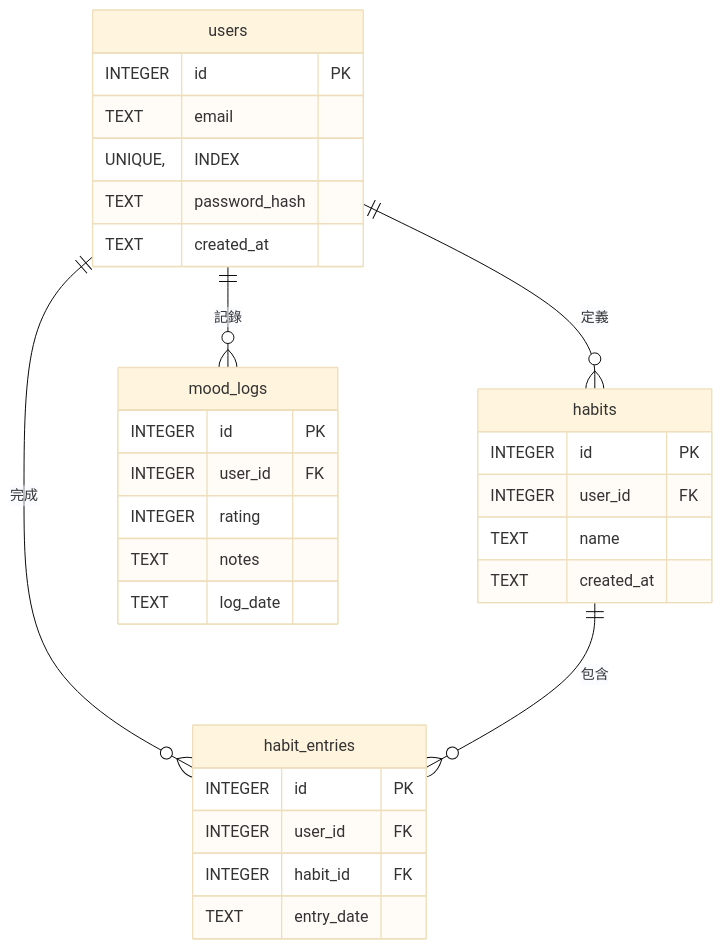
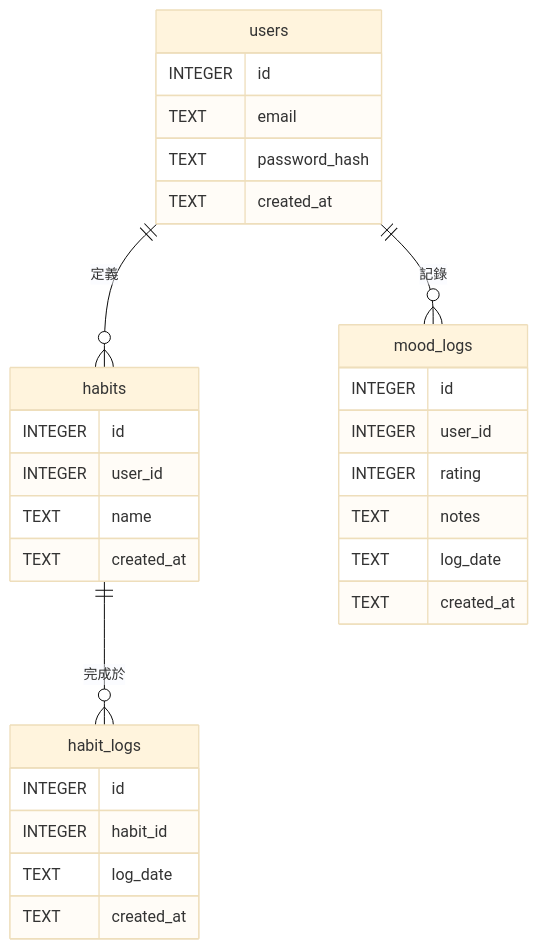
Before and after one commit to hemacheng/laughing-adventure: the diagram in docs/DATABASE_SCHEMA.md, drawn with Mermaid (base theme).

Commit message:
更新資料庫綱要定義文檔，調整資料表結構與關聯，將 habit_entries 表重命名為 habit_logs，並新增 log_date 欄位以記錄習慣完成的日期。

````diff
--- a/docs/DATABASE_SCHEMA.md
+++ b/docs/DATABASE_SCHEMA.md
@@ -69,36 +69,36 @@
 ```mermaid
 erDiagram
     users {
-        INTEGER id PK
-        TEXT email UNIQUE, INDEX
+        INTEGER id
+        TEXT email
         TEXT password_hash
         TEXT created_at
     }
 
     habits {
-        INTEGER id PK
-        INTEGER user_id FK
+        INTEGER id
+        INTEGER user_id
         TEXT name
         TEXT created_at
     }
 
-    habit_entries {
-        INTEGER id PK
-        INTEGER user_id FK
-        INTEGER habit_id FK
-        TEXT entry_date
+    habit_logs {
+        INTEGER id
+        INTEGER habit_id
+        TEXT log_date
+        TEXT created_at
     }
 
     mood_logs {
-        INTEGER id PK
-        INTEGER user_id FK
+        INTEGER id
+        INTEGER user_id
         INTEGER rating
         TEXT notes
         TEXT log_date
+        TEXT created_at
     }
 
     users ||--o{ habits : "定義"
-    users ||--o{ habit_entries : "完成"
     users ||--o{ mood_logs : "記錄"
-    habits ||--o{ habit_entries : "包含"
+    habits ||--o{ habit_logs : "完成於"
 ```
````
